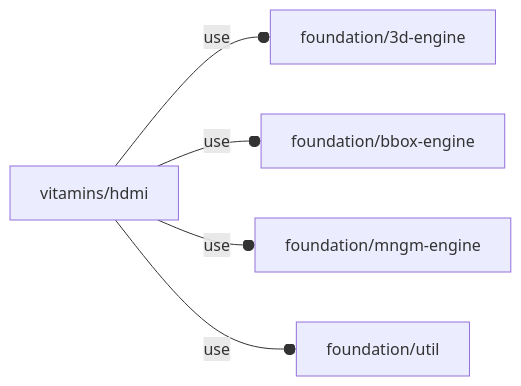
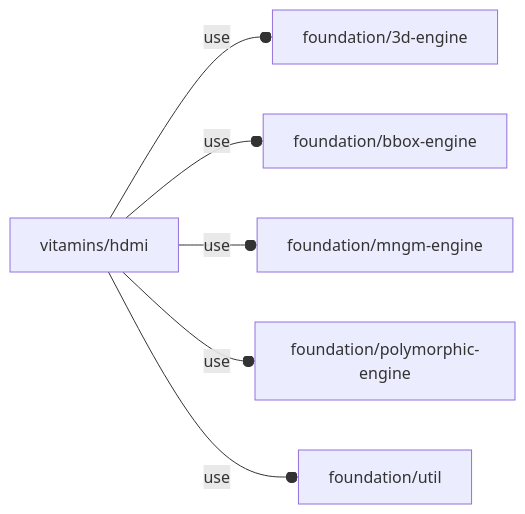
Before and after one commit to ggabbiani/OFL: the diagram in orthodocs/vitamins/hdmi.md, drawn with Mermaid. The commit also changed other lines of this file and 13 other files, not shown here.

````diff
--- a/orthodocs/vitamins/hdmi.md
+++ b/orthodocs/vitamins/hdmi.md
@@ -5,7 +5,8 @@
 ```mermaid
 graph LR
     A1[vitamins/hdmi] --o|use| A2[foundation/3d-engine]
     A1 --o|use| A3[foundation/bbox-engine]
     A1 --o|use| A4[foundation/mngm-engine]
-    A1 --o|use| A5[foundation/util]
+    A1 --o|use| A5[foundation/polymorphic-engine]
+    A1 --o|use| A6[foundation/util]
 ```
````
